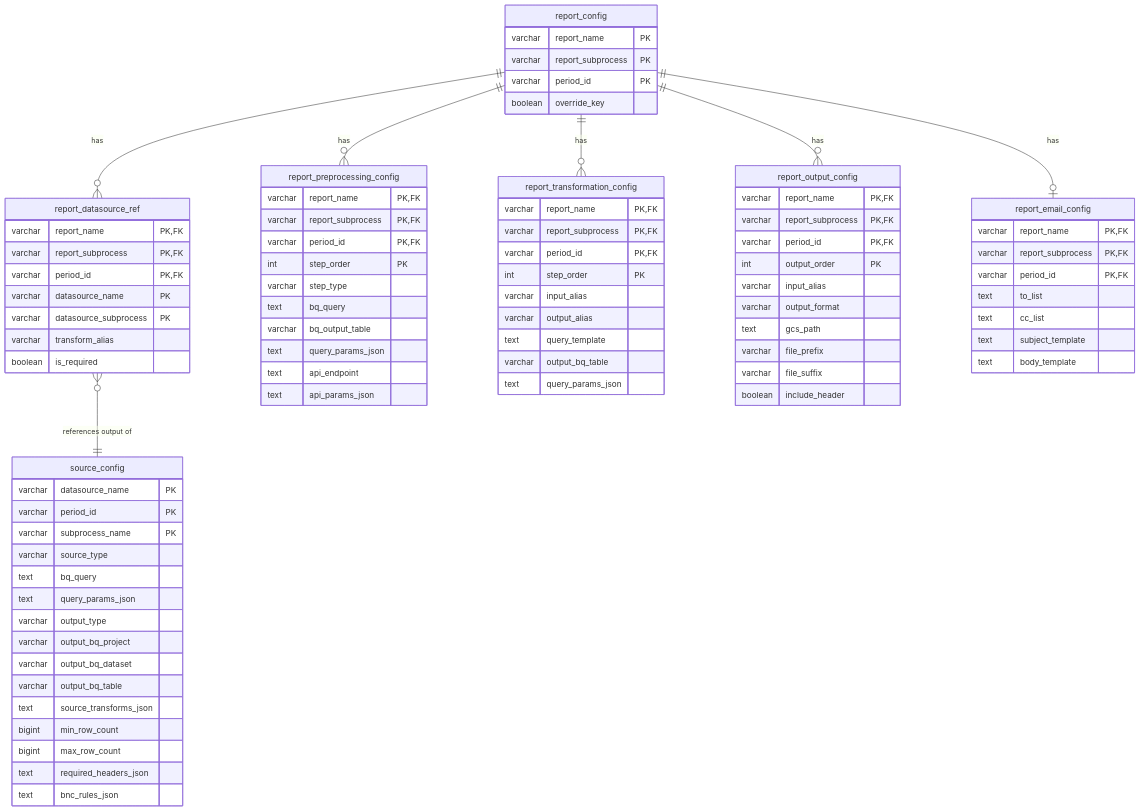
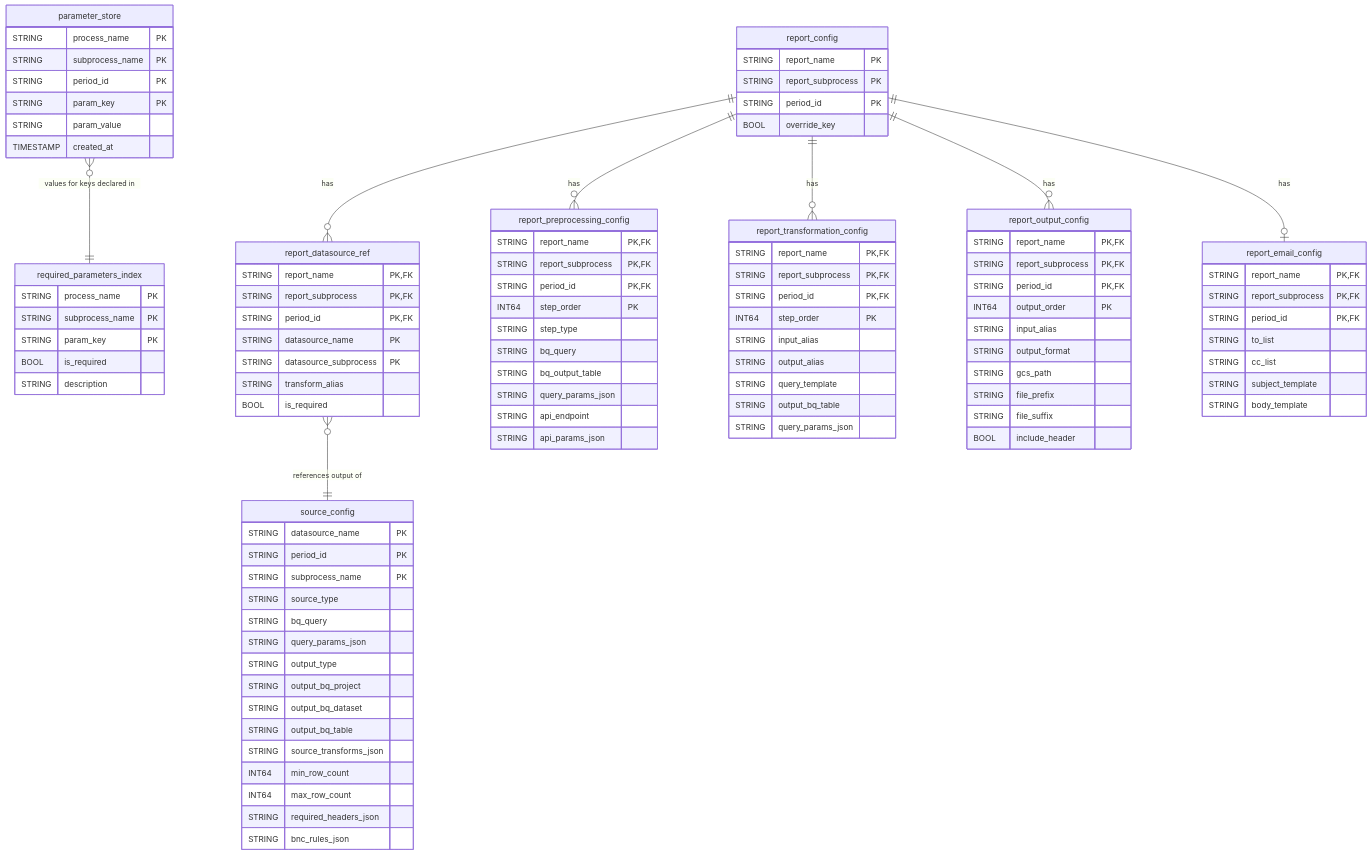
One commit to tushark-16bit/beam_framework changed diagram 11 of 13 in WALKTHROUGH.md. Above: the diagram before and after it, drawn with Mermaid. The commit also changed other lines of this file, not shown here.

First line of the commit message:
Rewrite WALKTHROUGH section 6 and 10 to reflect BQ param store fully

````diff
--- a/WALKTHROUGH.md
+++ b/WALKTHROUGH.md
@@ -457,86 +555,105 @@
 ```mermaid
 erDiagram
+    parameter_store {
+        STRING process_name PK
+        STRING subprocess_name PK
+        STRING period_id PK
+        STRING param_key PK
+        STRING param_value
+        TIMESTAMP created_at
+    }
+
+    required_parameters_index {
+        STRING process_name PK
+        STRING subprocess_name PK
+        STRING param_key PK
+        BOOL is_required
+        STRING description
+    }
+
+    parameter_store }o--|| required_parameters_index : "values for keys declared in"
+
     source_config {
-        varchar datasource_name PK
-        varchar period_id PK
-        varchar subprocess_name PK
-        varchar source_type
-        text bq_query
-        text query_params_json
-        varchar output_type
-        varchar output_bq_project
-        varchar output_bq_dataset
-        varchar output_bq_table
-        text source_transforms_json
-        bigint min_row_count
-        bigint max_row_count
-        text required_headers_json
-        text bnc_rules_json
+        STRING datasource_name PK
+        STRING period_id PK
+        STRING subprocess_name PK
+        STRING source_type
+        STRING bq_query
+        STRING query_params_json
+        STRING output_type
+        STRING output_bq_project
+        STRING output_bq_dataset
+        STRING output_bq_table
+        STRING source_transforms_json
+        INT64 min_row_count
+        INT64 max_row_count
+        STRING required_headers_json
+        STRING bnc_rules_json
     }
 
     report_config {
-        varchar report_name PK
-        varchar report_subprocess PK
-        varchar period_id PK
-        boolean override_key
+        STRING report_name PK
+        STRING report_subprocess PK
+        STRING period_id PK
+        BOOL override_key
     }
 
     report_datasource_ref {
-        varchar report_name PK,FK
-        varchar report_subprocess PK,FK
-        varchar period_id PK,FK
-        varchar datasource_name PK
-        varchar datasource_subprocess PK
-        varchar transform_alias
-        boolean is_required
+        STRING report_name PK,FK
+        STRING report_subprocess PK,FK
+        STRING period_id PK,FK
+        STRING datasource_name PK
+        STRING datasource_subprocess PK
+        STRING transform_alias
+        BOOL is_required
     }
 
     report_preprocessing_config {
-        varchar report_name PK,FK
-        varchar report_subprocess PK,FK
-        varchar period_id PK,FK
-        int step_order PK
-        varchar step_type
-        text bq_query
-        varchar bq_output_table
-        text query_params_json
-        text api_endpoint
-        text api_params_json
+        STRING report_name PK,FK
+        STRING report_subprocess PK,FK
+        STRING period_id PK,FK
+        INT64 step_order PK
+        STRING step_type
+        STRING bq_query
+        STRING bq_output_table
+        STRING query_params_json
+        STRING api_endpoint
+        STRING api_params_json
     }
 
     report_transformation_config {
-        varchar report_name PK,FK
-        varchar report_subprocess PK,FK
-        varchar period_id PK,FK
-        int step_order PK
-        varchar input_alias
-        varchar output_alias
-        text query_template
-        varchar output_bq_table
-        text query_params_json
+        STRING report_name PK,FK
+        STRING report_subprocess PK,FK
+        STRING period_id PK,FK
+        INT64 step_order PK
+        STRING input_alias
+        STRING output_alias
+        STRING query_template
+        STRING output_bq_table
+        STRING query_params_json
     }
 
     report_output_config {
-        varchar report_name PK,FK
-        varchar report_subprocess PK,FK
-        varchar period_id PK,FK
-        int output_order PK
-        varchar input_alias
-        varchar output_format
-        text gcs_path
-        varchar file_prefix
-        varchar file_suffix
-        boolean include_header
+        STRING report_name PK,FK
+        STRING report_subprocess PK,FK
+        STRING period_id PK,FK
+        INT64 output_order PK
+        STRING input_alias
+        STRING output_format
+        STRING gcs_path
+        STRING file_prefix
+        STRING file_suffix
+        BOOL include_header
     }
 
     report_email_config {
-        varchar report_name PK,FK
-        varchar report_subprocess PK,FK
-        varchar period_id PK,FK
-        text to_list
-        text cc_list
-        text subject_template
-        text body_template
+        STRING report_name PK,FK
+        STRING report_subprocess PK,FK
+        STRING period_id PK,FK
+        STRING to_list
+        STRING cc_list
+        STRING subject_template
+        STRING body_template
     }
 
     report_config ||--o{ report_datasource_ref : "has"
````
